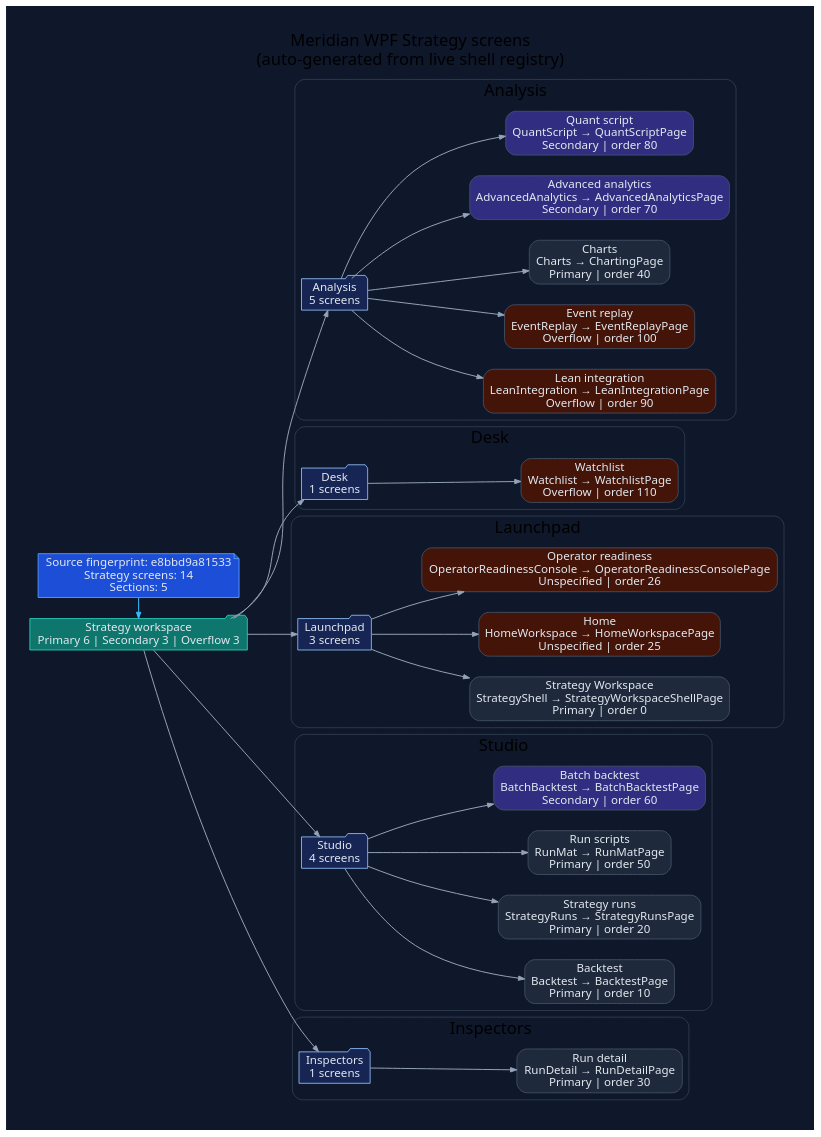
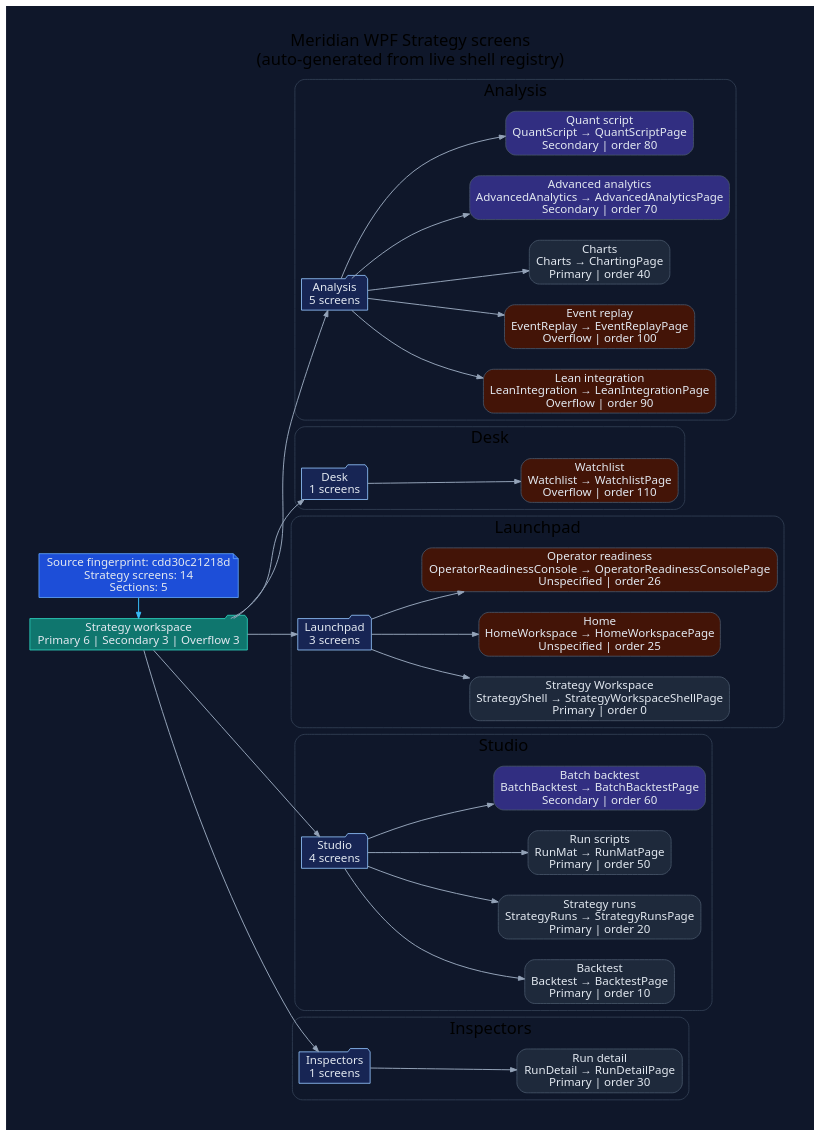
The diagram in docs/diagrams/ui/ui-wpf-screens-strategy.dot (rodoHasArrived/Meridian-main), drawn with Graphviz before and after one commit. The commit also changed 164 other files, not shown here.

```diff
--- a/docs/diagrams/ui/ui-wpf-screens-strategy.dot
+++ b/docs/diagrams/ui/ui-wpf-screens-strategy.dot
@@ -1,94 +1,94 @@
 // -----------------------------------------------------------------------------
 // <auto-generated>
 // Generated by scripts/generate-diagrams.mjs.
 // Do not edit this file directly; update the WPF source files instead.
 // -----------------------------------------------------------------------------
 digraph WpfStrategyScreens {
   graph [
     rankdir=LR,
     labelloc=t,
     label="Meridian WPF Strategy screens\n(auto-generated from live shell registry)",
     fontname="Segoe UI",
     fontsize=20,
     pad=0.4,
     nodesep=0.35,
     ranksep=0.85,
     bgcolor="#0f172a"
   ];
   node [fontname="Segoe UI", shape=box, style="rounded,filled", color="#475569", fontcolor="#e2e8f0", fillcolor="#1e293b"];
   edge [fontname="Segoe UI", color="#94a3b8", penwidth=1.2, arrowsize=0.75];
 
-  generated [shape=note, fillcolor="#1d4ed8", color="#60a5fa", label="Source fingerprint: e8bbd9a81533\nStrategy screens: 14\nSections: 5"];
+  generated [shape=note, fillcolor="#1d4ed8", color="#60a5fa", label="Source fingerprint: cdd30c21218d\nStrategy screens: 14\nSections: 5"];
   workspace [shape=folder, fillcolor="#0f766e", color="#2dd4bf", label="Strategy workspace\nPrimary 6 | Secondary 3 | Overflow 3"];
   generated -> workspace [color="#38bdf8"];
 
   subgraph cluster_section_1 {
     label="Analysis";
     color="#334155";
     style="rounded";
     section_1 [shape=folder, fillcolor="#172554", color="#93c5fd", label="Analysis\n5 screens"];
     workspace -> section_1;
     screen_LeanIntegration [fillcolor="#431407", label="Lean integration\nLeanIntegration → LeanIntegrationPage\nOverflow | order 90"];
     section_1 -> screen_LeanIntegration;
     screen_EventReplay [fillcolor="#431407", label="Event replay\nEventReplay → EventReplayPage\nOverflow | order 100"];
     section_1 -> screen_EventReplay;
     screen_Charts [fillcolor="#1e293b", label="Charts\nCharts → ChartingPage\nPrimary | order 40"];
     section_1 -> screen_Charts;
     screen_AdvancedAnalytics [fillcolor="#312e81", label="Advanced analytics\nAdvancedAnalytics → AdvancedAnalyticsPage\nSecondary | order 70"];
     section_1 -> screen_AdvancedAnalytics;
     screen_QuantScript [fillcolor="#312e81", label="Quant script\nQuantScript → QuantScriptPage\nSecondary | order 80"];
     section_1 -> screen_QuantScript;
   }
 
   subgraph cluster_section_2 {
     label="Desk";
     color="#334155";
     style="rounded";
     section_2 [shape=folder, fillcolor="#172554", color="#93c5fd", label="Desk\n1 screens"];
     workspace -> section_2;
     screen_Watchlist [fillcolor="#431407", label="Watchlist\nWatchlist → WatchlistPage\nOverflow | order 110"];
     section_2 -> screen_Watchlist;
   }
 
   subgraph cluster_section_3 {
     label="Launchpad";
     color="#334155";
     style="rounded";
     section_3 [shape=folder, fillcolor="#172554", color="#93c5fd", label="Launchpad\n3 screens"];
     workspace -> section_3;
     screen_StrategyShell [fillcolor="#1e293b", label="Strategy Workspace\nStrategyShell → StrategyWorkspaceShellPage\nPrimary | order 0"];
     section_3 -> screen_StrategyShell;
     screen_HomeWorkspace [fillcolor="#431407", label="Home\nHomeWorkspace → HomeWorkspacePage\nUnspecified | order 25"];
     section_3 -> screen_HomeWorkspace;
     screen_OperatorReadinessConsole [fillcolor="#431407", label="Operator readiness\nOperatorReadinessConsole → OperatorReadinessConsolePage\nUnspecified | order 26"];
     section_3 -> screen_OperatorReadinessConsole;
   }
 
   subgraph cluster_section_4 {
     label="Studio";
     color="#334155";
     style="rounded";
     section_4 [shape=folder, fillcolor="#172554", color="#93c5fd", label="Studio\n4 screens"];
     workspace -> section_4;
     screen_Backtest [fillcolor="#1e293b", label="Backtest\nBacktest → BacktestPage\nPrimary | order 10"];
     section_4 -> screen_Backtest;
     screen_StrategyRuns [fillcolor="#1e293b", label="Strategy runs\nStrategyRuns → StrategyRunsPage\nPrimary | order 20"];
     section_4 -> screen_StrategyRuns;
     screen_RunMat [fillcolor="#1e293b", label="Run scripts\nRunMat → RunMatPage\nPrimary | order 50"];
     section_4 -> screen_RunMat;
     screen_BatchBacktest [fillcolor="#312e81", label="Batch backtest\nBatchBacktest → BatchBacktestPage\nSecondary | order 60"];
     section_4 -> screen_BatchBacktest;
   }
 
   subgraph cluster_section_5 {
     label="Inspectors";
     color="#334155";
     style="rounded";
     section_5 [shape=folder, fillcolor="#172554", color="#93c5fd", label="Inspectors\n1 screens"];
     workspace -> section_5;
     screen_RunDetail [fillcolor="#1e293b", label="Run detail\nRunDetail → RunDetailPage\nPrimary | order 30"];
     section_5 -> screen_RunDetail;
   }
 
   { rank=min; generated; workspace; }
 }
```
